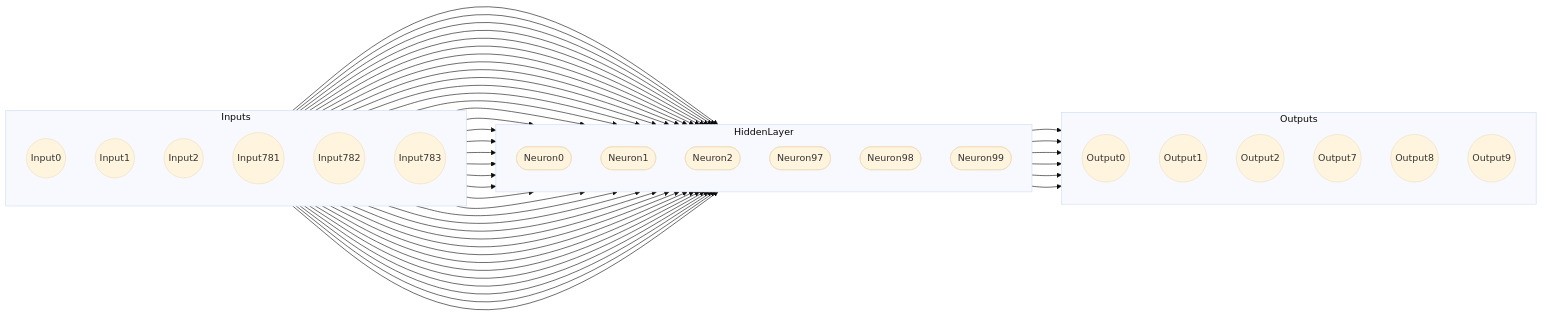
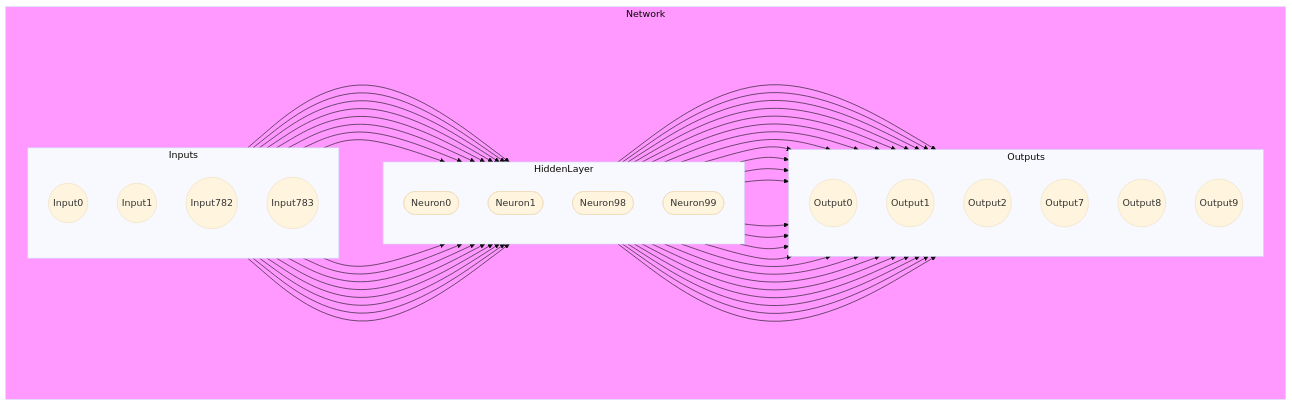
One commit to andrelohmann/ai-experiments changed the diagram in notebooks/01_fashionMNIST/README.md. Above: the diagram before and after it, drawn with Mermaid (base theme).

Commit message:
updated Network Graph

````diff
--- a/notebooks/01_fashionMNIST/README.md
+++ b/notebooks/01_fashionMNIST/README.md
@@ -11,37 +11,39 @@
 ```mermaid
     flowchart LR;
-        I0 --> N0 & N1 & N2 & N97 & N98 & N99
-        I1 --> N0 & N1 & N2 & N97 & N98 & N99
-        I2 --> N0 & N1 & N2 & N97 & N98 & N99
-        I781 --> N0 & N1 & N2 & N97 & N98 & N99
-        I782 --> N0 & N1 & N2 & N97 & N98 & N99
-        I783 --> N0 & N1 & N2 & N97 & N98 & N99
-        subgraph Inputs
-            direction TB
-            I0((Input0));
-            I1((Input1));
-            I2((Input2));
-            I781((Input781));
-            I782((Input782));
-            I783((Input783));
-        end
-        N0 --> O0 & O1 & O2 & O7 & O8 & O9
-        subgraph HiddenLayer
-            direction TB
-            N0([Neuron0]);
-            N1([Neuron1]);
-            N2([Neuron2]);
-            N97([Neuron97]);
-            N98([Neuron98]);
-            N99([Neuron99]);
-        end
-        subgraph Outputs
-            direction TB
-            O0((Output0));
-            O1((Output1));
-            O2((Output2));
-            O7((Output7));
-            O8((Output8));
-            O9((Output9));
+        subgraph Network
+            direction LR
+            style Network fill:#f9f
+
+            I0 --> N0 & N1 & N98 & N99
+            I1 --> N0 & N1 & N98 & N99
+            I782 --> N0 & N1 & N98 & N99
+            I783 --> N0 & N1 & N98 & N99
+            subgraph Inputs
+                direction TB
+                I0((Input0));
+                I1((Input1));
+                I782((Input782));
+                I783((Input783));
+            end
+            N0 --> O0 & O1 & O2 & O7 & O8 & O9
+            N1 --> O0 & O1 & O2 & O7 & O8 & O9
+            N98 --> O0 & O1 & O2 & O7 & O8 & O9
+            N99 --> O0 & O1 & O2 & O7 & O8 & O9
+            subgraph HiddenLayer
+                direction TB
+                N0([Neuron0]);
+                N1([Neuron1]);
+                N98([Neuron98]);
+                N99([Neuron99]);
+            end
+            subgraph Outputs
+                direction TB
+                O0((Output0));
+                O1((Output1));
+                O2((Output2));
+                O7((Output7));
+                O8((Output8));
+                O9((Output9));
+            end
         end
 ```
````
